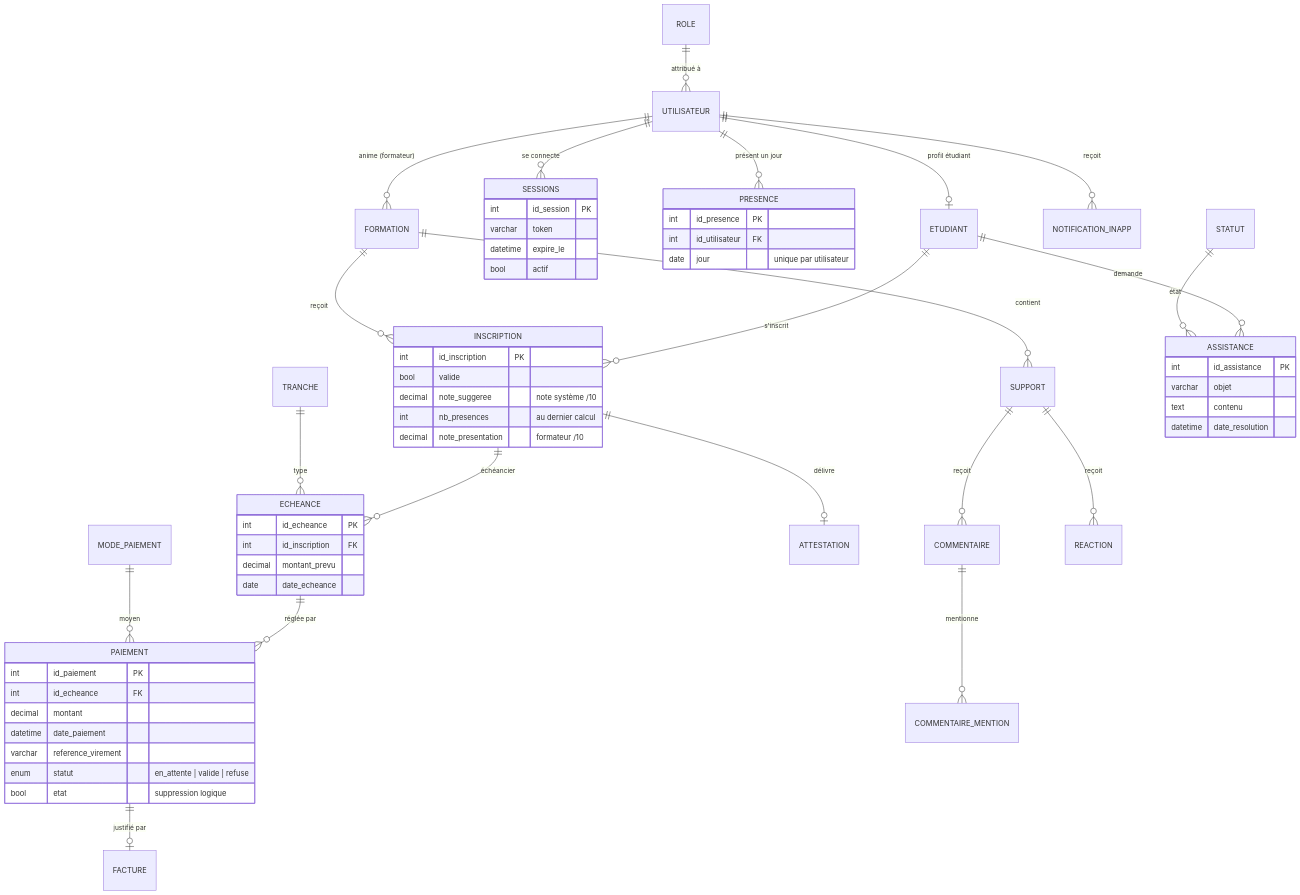
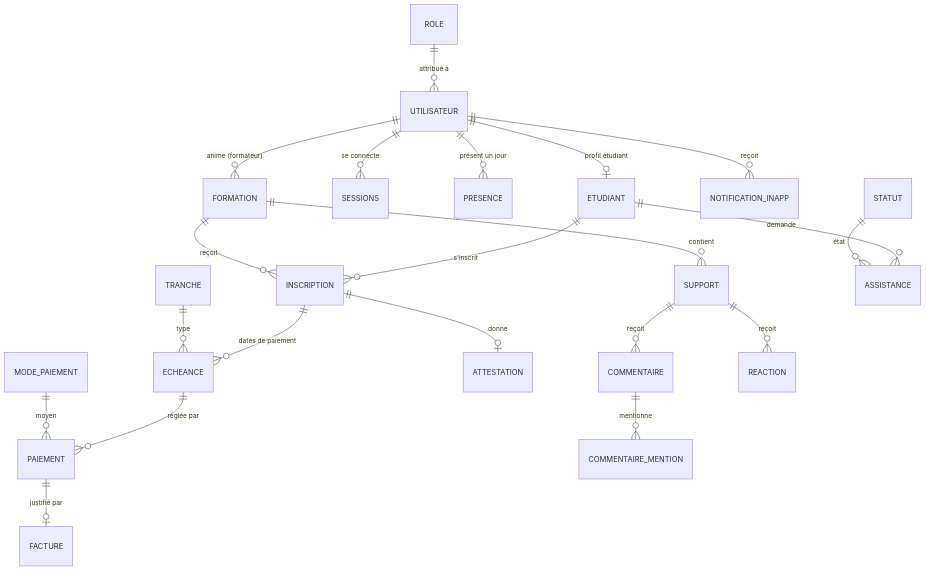
Before and after one commit to eliaTolojanahary/gestionFormation_stage: the sixth of 23 diagrams in FLUX-APPLICATION.md, drawn with Mermaid. The commit also changed other lines of this file and 69 other files, not shown here.

````diff
--- a/FLUX-APPLICATION.md
+++ b/FLUX-APPLICATION.md
@@ -264,63 +725,23 @@
 ```mermaid
 erDiagram
     ROLE ||--o{ UTILISATEUR : "attribué à"
     UTILISATEUR ||--o| ETUDIANT : "profil étudiant"
     UTILISATEUR ||--o{ SESSIONS : "se connecte"
     UTILISATEUR ||--o{ PRESENCE : "présent un jour"
     UTILISATEUR ||--o{ FORMATION : "anime (formateur)"
     ETUDIANT ||--o{ INSCRIPTION : "s'inscrit"
     FORMATION ||--o{ INSCRIPTION : "reçoit"
-    INSCRIPTION ||--o{ ECHEANCE : "échéancier"
+    INSCRIPTION ||--o{ ECHEANCE : "dates de paiement"
     TRANCHE ||--o{ ECHEANCE : "type"
     ECHEANCE ||--o{ PAIEMENT : "réglée par"
     MODE_PAIEMENT ||--o{ PAIEMENT : "moyen"
     PAIEMENT ||--o| FACTURE : "justifié par"
-    INSCRIPTION ||--o| ATTESTATION : "délivre"
+    INSCRIPTION ||--o| ATTESTATION : "donne"
     FORMATION ||--o{ SUPPORT : "contient"
     SUPPORT ||--o{ COMMENTAIRE : "reçoit"
     COMMENTAIRE ||--o{ COMMENTAIRE_MENTION : "mentionne"
     SUPPORT ||--o{ REACTION : "reçoit"
     UTILISATEUR ||--o{ NOTIFICATION_INAPP : "reçoit"
     ETUDIANT ||--o{ ASSISTANCE : "demande"
     STATUT ||--o{ ASSISTANCE : "état"
-
-    PAIEMENT {
-        int id_paiement PK
-        int id_echeance FK
-        decimal montant
-        datetime date_paiement
-        varchar reference_virement
-        enum statut "en_attente | valide | refuse"
-        bool etat "suppression logique"
-    }
-    ECHEANCE {
-        int id_echeance PK
-        int id_inscription FK
-        decimal montant_prevu
-        date date_echeance
-    }
-    INSCRIPTION {
-        int id_inscription PK
-        bool valide
-        decimal note_suggeree "note système /10"
-        int nb_presences "au dernier calcul"
-        decimal note_presentation "formateur /10"
-    }
-    PRESENCE {
-        int id_presence PK
-        int id_utilisateur FK
-        date jour "unique par utilisateur"
-    }
-    ASSISTANCE {
-        int id_assistance PK
-        varchar objet
-        text contenu
-        datetime date_resolution
-    }
-    SESSIONS {
-        int id_session PK
-        varchar token
-        datetime expire_le
-        bool actif
-    }
 ```
````
